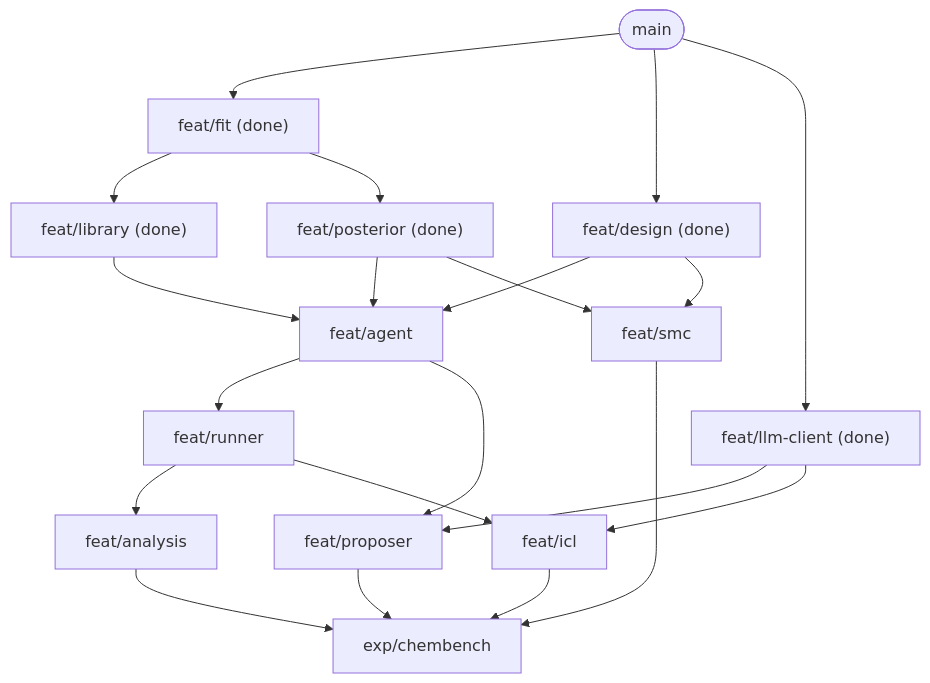
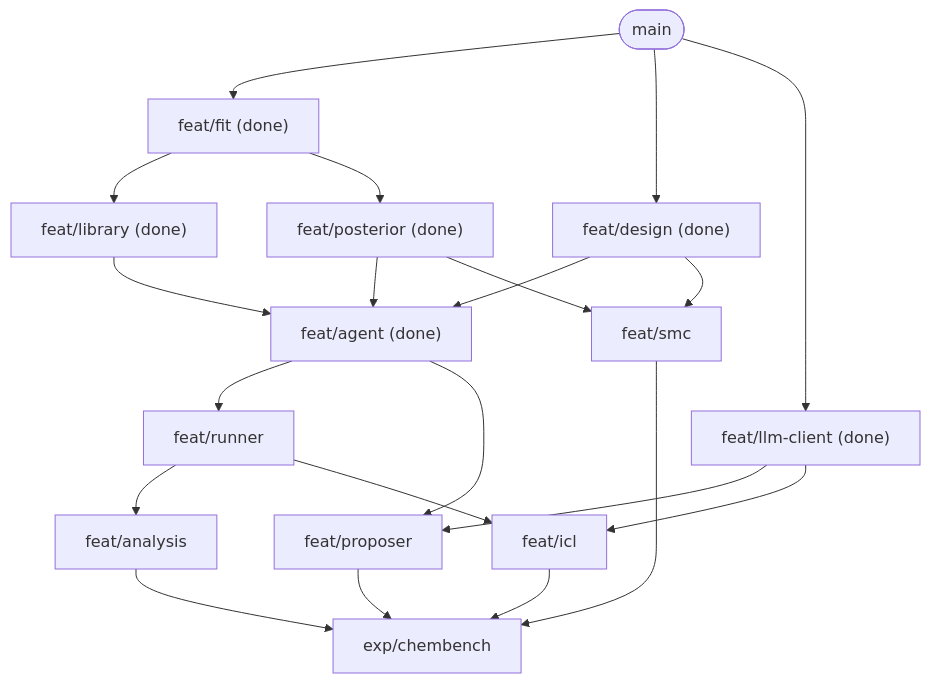
Before and after one commit to yuta0no/mda-impl: the second of 2 diagrams in docs/blueprint.md, drawn with Mermaid. The commit also changed other lines of this file and 1 other file, not shown here.

First line of the commit message:
update: spec and blueprint for the agent and the run log

````diff
--- a/docs/blueprint.md
+++ b/docs/blueprint.md
@@ -74,23 +78,23 @@
 ```mermaid
 flowchart TD
     main(["main"]) --> fit["feat/fit (done)"]
     fit --> library["feat/library (done)"]
     fit --> posterior["feat/posterior (done)"]
     main --> design["feat/design (done)"]
     main --> llmc["feat/llm-client (done)"]
-    library --> agent["feat/agent"]
+    library --> agent["feat/agent (done)"]
     posterior --> agent
     design --> agent
     agent --> runner["feat/runner"]
     agent --> proposer["feat/proposer"]
     llmc --> proposer
     runner --> analysis["feat/analysis"]
     runner --> icl["feat/icl"]
     llmc --> icl
     posterior --> smc["feat/smc"]
     design --> smc
     proposer --> exp["exp/chembench"]
     analysis --> exp
     icl --> exp
     smc --> exp
 ```
````
